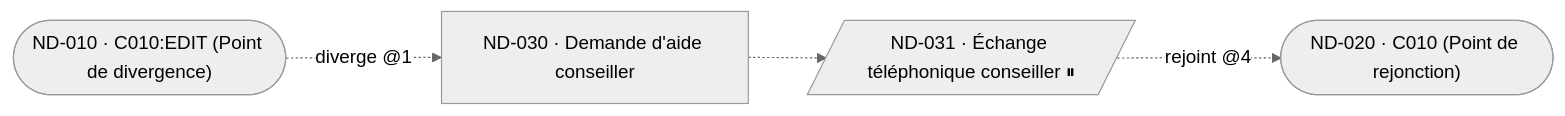
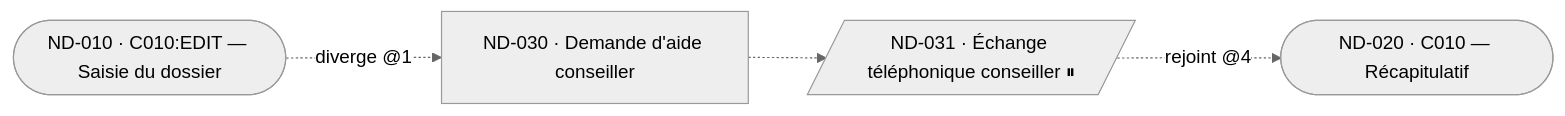
The diagram in templates/userflows/flow-variant.mmd (Pi0up/ai-skills), drawn with Mermaid (neutral theme) before and after one commit. The commit also changed 25 other files, not shown here.

```diff
--- a/templates/userflows/flow-variant.mmd
+++ b/templates/userflows/flow-variant.mmd
@@ -1,22 +1,22 @@
-%%@file id=PF-DOSSIER-VAR-ASSIST project=DOSSIER kind=userflow view=collapsed uc=UC-DOSSIER obj=OBJ-DOSSIER-01 statut=variante roles=MANAGER title="Parcours Variante : Assistance Téléphonique" version="1.1" diverge=PF-DOSSIER-NOM@1 rejoint=PF-DOSSIER-NOM@4
+%%@file id=PF-DOSSIER-VAR-ASSIST project=DOSSIER kind=userflow view=collapsed uc=UC-DOSSIER uc_title="Constitution et soumission de dossier" obj=OBJ-DOSSIER-01 statut=variante roles=MANAGER title="Assistance Téléphonique" version="1.2" diverge=PF-DOSSIER-NOM@1 rejoint=PF-DOSSIER-NOM@4
 %%@node ND010 code=C010:EDIT type=ECR order=1
 %%@node ND030 ref=FEAT-DEMANDER-AIDE type=ACT order=2
 %%@node ND031 code=EXT-SUPPORT type=EXT obs=none break=yes resume=ND020 persist=external delay=24h order=3
 %%@node ND020 code=C010 type=ECR order=4
 %%@edge ND010>ND030 kind=diverge
 %%@edge ND030>ND031 kind=variant
 %%@edge ND031>ND020 kind=rejoin
 flowchart LR
 
     %% --------------------------------------------------------------------------
     %% Parcours Variante Linéaire : PF-DOSSIER-VAR-ASSIST (Fichier Brut Séparé)
     %% Diverge de PF-DOSSIER-NOM@1 (ND010) et rejoint PF-DOSSIER-NOM@4 (ND020)
     %% Contexte d'entrée : Pièces manquantes + assistance demandée
     %% Inclut un événement externe hors application avec rupture déclarée (⏸)
     %% --------------------------------------------------------------------------
-    ND010(["ND-010 · C010:EDIT (Point de divergence)"])
+    ND010(["ND-010 · C010:EDIT — Saisie du dossier"])
     ND030["ND-030 · Demande d'aide conseiller"]
     ND031[/"ND-031 · Échange téléphonique conseiller ⏸"/]
-    ND020(["ND-020 · C010 (Point de rejonction)"])
+    ND020(["ND-020 · C010 — Récapitulatif"])
 
     ND010 -. "diverge @1" .-> ND030 -.-> ND031 -. "rejoint @4" .-> ND020
```
